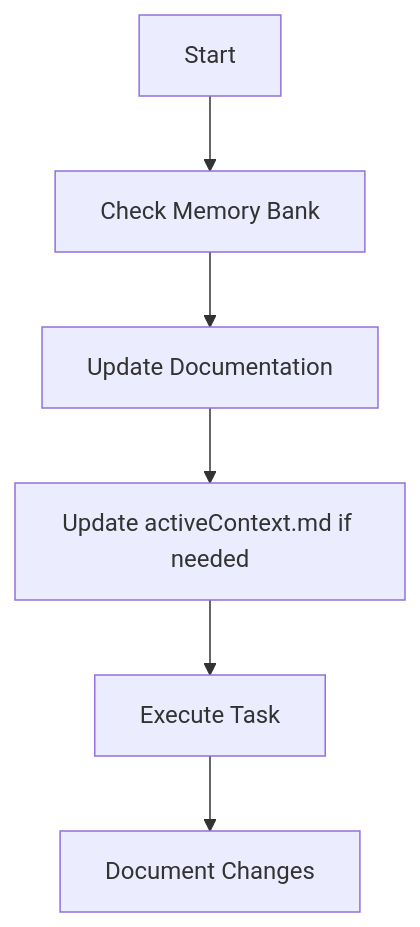
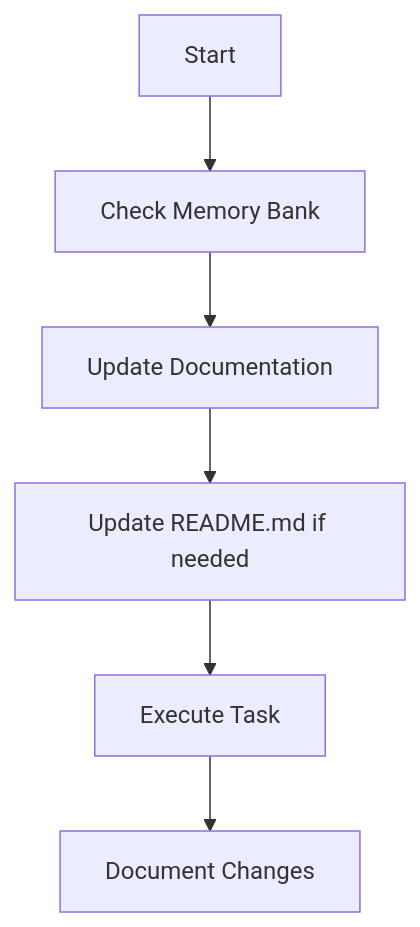
One commit to ofidj/fidj-node changed the third of 5 diagrams in .memory-bank/memory-bank-rules.md. Above: the diagram before and after it, drawn with Mermaid. The commit also changed other lines of this file and 26 other files, not shown here.

````diff
--- a/.memory-bank/memory-bank-rules.md
+++ b/.memory-bank/memory-bank-rules.md
@@ -99,8 +99,8 @@
 ```mermaid
 flowchart TD
     Start[Start] --> Context[Check Memory Bank]
     Context --> Update[Update Documentation]
-    Update --> Rules[Update activeContext.md if needed]
+    Update --> Rules[Update README.md if needed]
     Rules --> Execute[Execute Task]
     Execute --> Document[Document Changes]
 ```
````
